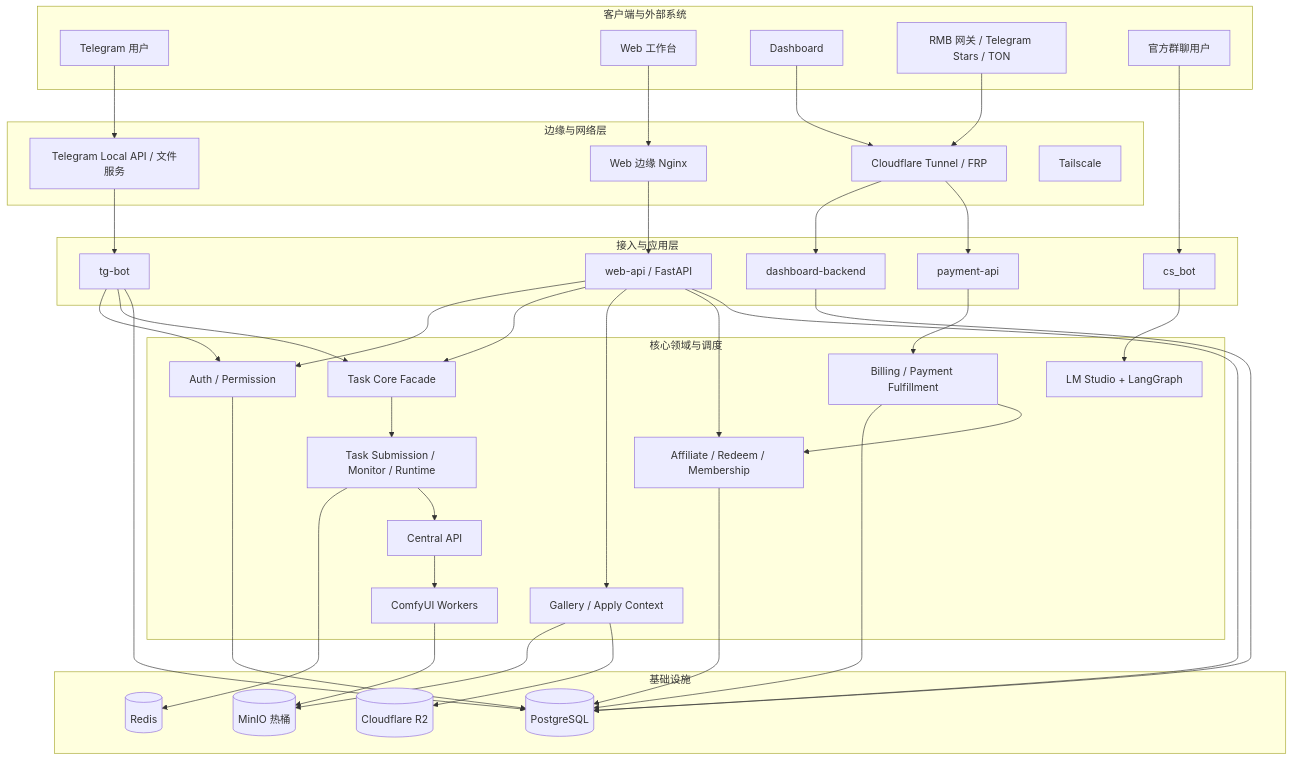
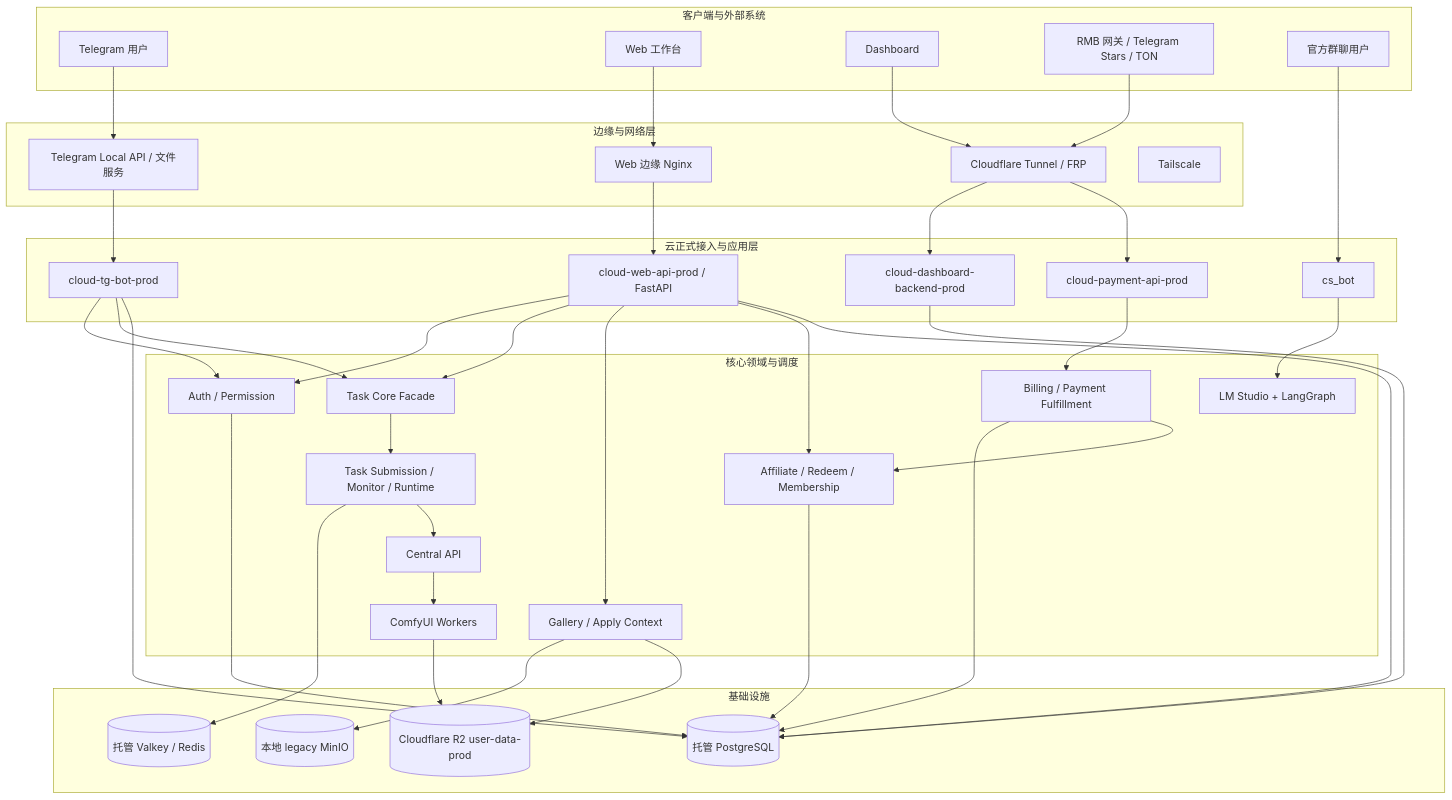
Before and after one commit to giraffu/All_bot: the first of 2 diagrams in docs/system_architecture_report.md, drawn with Mermaid. The commit also changed other lines of this file and 39 other files, not shown here.

````diff
--- a/docs/system_architecture_report.md
+++ b/docs/system_architecture_report.md
@@ -18,73 +18,73 @@
 ```mermaid
 graph TD
     subgraph Client[客户端与外部系统]
         TG[Telegram 用户]
         WEB[Web 工作台]
         DASH[Dashboard]
         PAY[RMB 网关 / Telegram Stars / TON]
         GROUP[官方群聊用户]
     end
 
     subgraph Edge[边缘与网络层]
         NGINX[Web 边缘 Nginx]
         TGAPI[Telegram Local API / 文件服务]
         TUNNEL[Cloudflare Tunnel / FRP]
         VLAN[Tailscale]
     end
 
-    subgraph Gateway[接入与应用层]
-        BOT[tg-bot]
-        API[web-api / FastAPI]
-        PAYAPI[payment-api]
-        DBACK[dashboard-backend]
+    subgraph Gateway[云正式接入与应用层]
+        BOT[cloud-tg-bot-prod]
+        API[cloud-web-api-prod / FastAPI]
+        PAYAPI[cloud-payment-api-prod]
+        DBACK[cloud-dashboard-backend-prod]
         CS[cs_bot]
     end
 
     subgraph Core[核心领域与调度]
         AUTH[Auth / Permission]
         TASK[Task Core Facade]
         TASKSUB[Task Submission / Monitor / Runtime]
         BILL[Billing / Payment Fulfillment]
         AFF[Affiliate / Redeem / Membership]
         GAL[Gallery / Apply Context]
         CENTRAL[Central API]
         WORKERS[ComfyUI Workers]
         LLM[LM Studio + LangGraph]
     end
 
     subgraph Infra[基础设施]
-        PG[(PostgreSQL)]
-        REDIS[(Redis)]
-        MINIO[(MinIO 热桶)]
-        R2[(Cloudflare R2)]
+        PG[(托管 PostgreSQL)]
+        REDIS[(托管 Valkey / Redis)]
+        MINIO[(本地 legacy MinIO)]
+        R2[(Cloudflare R2 user-data-prod)]
     end
 
     TG --> TGAPI --> BOT
     WEB --> NGINX --> API
     DASH --> TUNNEL --> DBACK
     PAY --> TUNNEL --> PAYAPI
     GROUP --> CS
 
     BOT --> AUTH
     BOT --> TASK
     API --> AUTH
     API --> TASK
     TASK --> TASKSUB
     API --> GAL
     API --> AFF
     PAYAPI --> BILL
     DBACK --> PG
     CS --> LLM
 
     TASKSUB --> REDIS
     TASKSUB --> CENTRAL --> WORKERS
-    WORKERS --> MINIO
+    WORKERS --> R2
     GAL --> MINIO
     GAL --> R2
     AUTH --> PG
     BILL --> PG
     AFF --> PG
     BILL --> AFF
     API --> PG
     BOT --> PG
 ```
````
